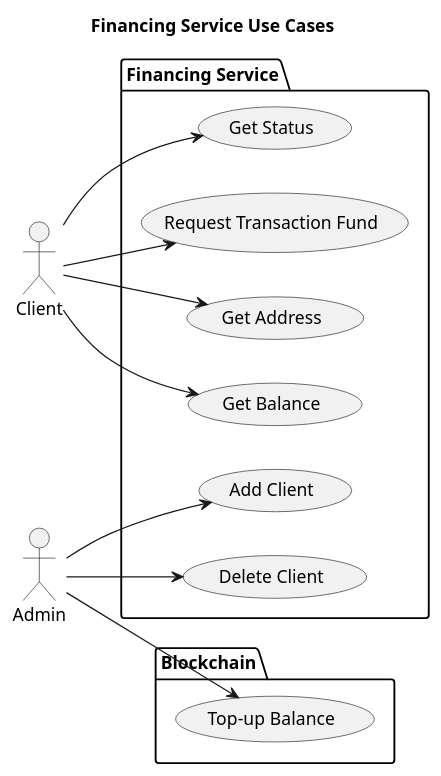
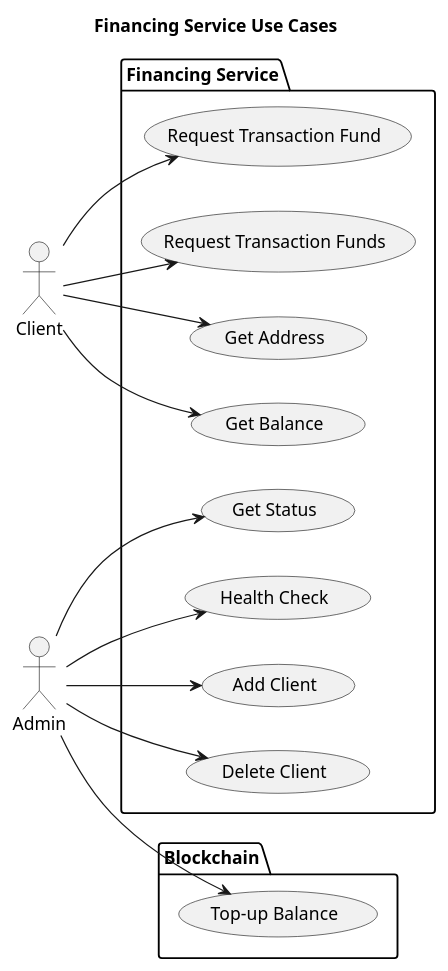
Before and after one commit to nchain-innovation/financing-service: the diagram in docs/diagrams/use-case.puml, drawn with PlantUML. The commit also changed 22 other files, not shown here.

```diff
--- a/docs/diagrams/use-case.puml
+++ b/docs/diagrams/use-case.puml
@@ -1,22 +1,24 @@
 @startuml
 title Financing Service Use Cases
 left to right direction
 
 actor Client as C
 actor Admin as A
 
 package "Financing Service" {
-    C --> (Get Status) 
     C --> (Request Transaction Fund)
+    C --> (Request Transaction Funds)
     C --> (Get Address)
     C --> (Get Balance)
 
+    A --> (Get Status)
+    A --> (Health Check)
     A --> (Add Client)
     A --> (Delete Client)
 }
 
 package "Blockchain" {
     A --> (Top-up Balance)
 }
 
 @enduml
```
